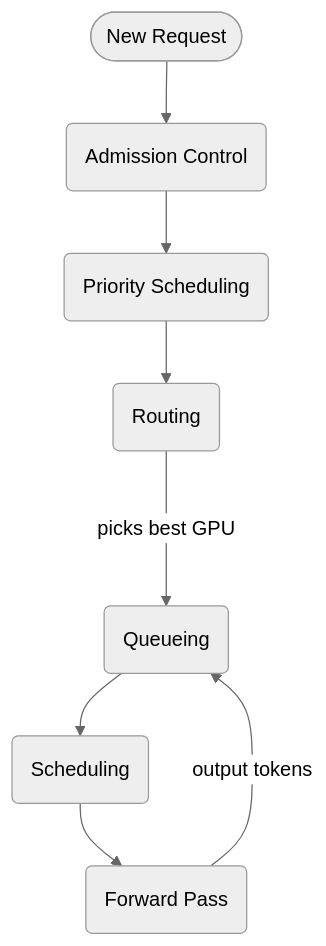
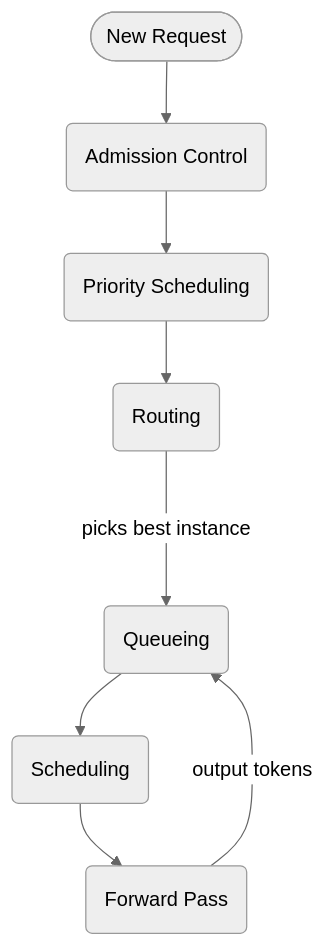
One commit to inference-sim/inference-sim changed the first of 3 diagrams in docs/blog/posts/why-simulate-before-you-scale.md. Above: the diagram before and after it, drawn with Mermaid (neutral theme).

Commit message:
fix(docs): s/best GPU/best instance/ in pipeline diagram

````diff
--- a/docs/blog/posts/why-simulate-before-you-scale.md
+++ b/docs/blog/posts/why-simulate-before-you-scale.md
@@ -36,10 +36,10 @@
 ```mermaid
 flowchart TD
     R(["New Request"]) --> AC("Admission Control")
     AC --> PS("Priority Scheduling")
     PS --> RT("Routing")
-    RT --->|"picks best GPU"| Q("Queueing")
+    RT --->|"picks best instance"| Q("Queueing")
     Q --> S("Scheduling")
     S --> FP("Forward Pass")
     FP -->|"output tokens"| Q
 ```
````
